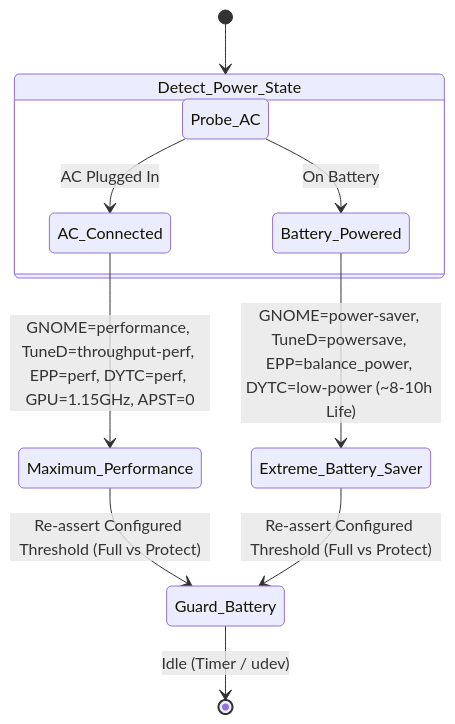
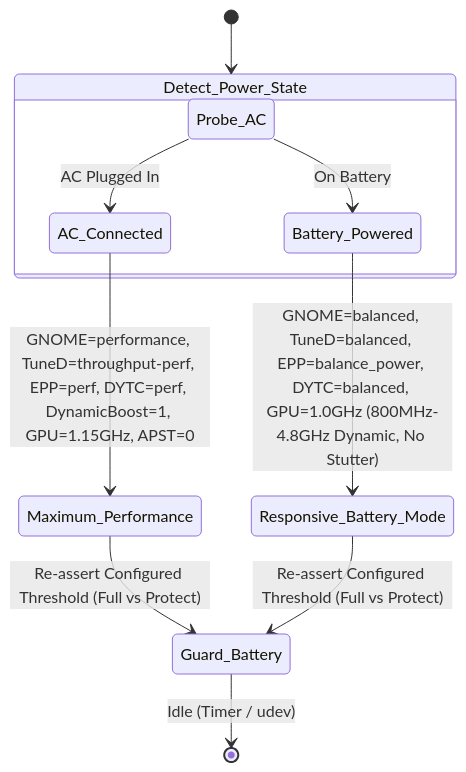
Before and after one commit to ShoumikBalaSomu/Device-Base-Optimization: the diagram in devices/linux/lenovo-thinkpad-t490s/README.md, drawn with Mermaid. The commit also changed other lines of this file and 6 other files, not shown here.

First line of the commit message:
feat(thinkpad): deep hardware audit, 800MHz battery throttle fix, ThinkLMI BIOS tuning, and absent HW debloat

````diff
--- a/devices/linux/lenovo-thinkpad-t490s/README.md
+++ b/devices/linux/lenovo-thinkpad-t490s/README.md
@@ -70,14 +74,14 @@
 ```mermaid
 stateDiagram-v2
     [*] --> Detect_Power_State
     state Detect_Power_State {
         direction LR
         Probe_AC --> AC_Connected: AC Plugged In
         Probe_AC --> Battery_Powered: On Battery
     }
-    AC_Connected --> Maximum_Performance: GNOME=performance, TuneD=throughput-perf, EPP=perf, DYTC=perf, GPU=1.15GHz, APST=0
-    Battery_Powered --> Extreme_Battery_Saver: GNOME=power-saver, TuneD=powersave, EPP=balance_power, DYTC=low-power (~8-10h Life)
+    AC_Connected --> Maximum_Performance: GNOME=performance, TuneD=throughput-perf, EPP=perf, DYTC=perf, DynamicBoost=1, GPU=1.15GHz, APST=0
+    Battery_Powered --> Responsive_Battery_Mode: GNOME=balanced, TuneD=balanced, EPP=balance_power, DYTC=balanced, GPU=1.0GHz (800MHz-4.8GHz Dynamic, No Stutter)
     Maximum_Performance --> Guard_Battery: Re-assert Configured Threshold (Full vs Protect)
-    Extreme_Battery_Saver --> Guard_Battery: Re-assert Configured Threshold (Full vs Protect)
+    Responsive_Battery_Mode --> Guard_Battery: Re-assert Configured Threshold (Full vs Protect)
     Guard_Battery --> [*]: Idle (Timer / udev)
 ```
````
